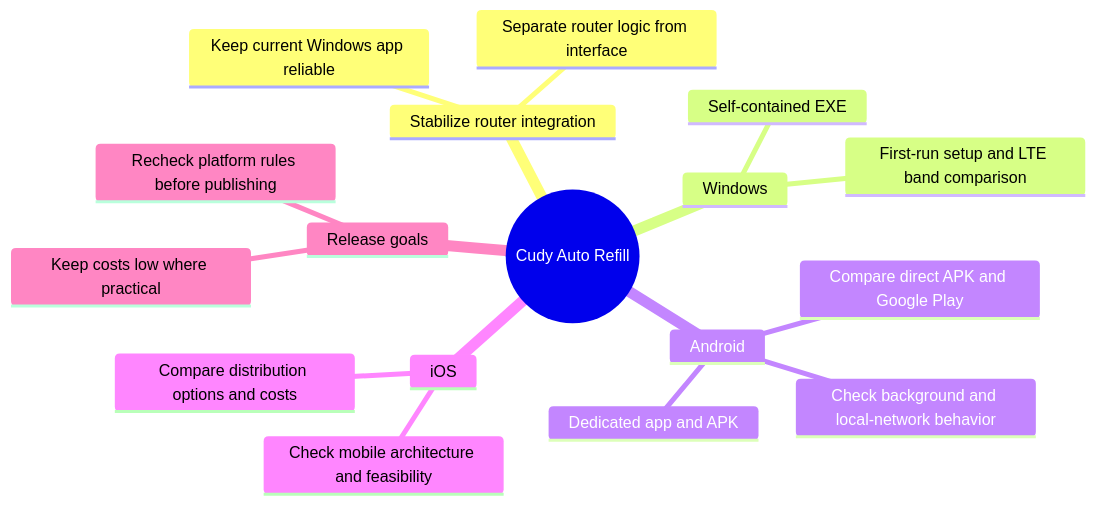
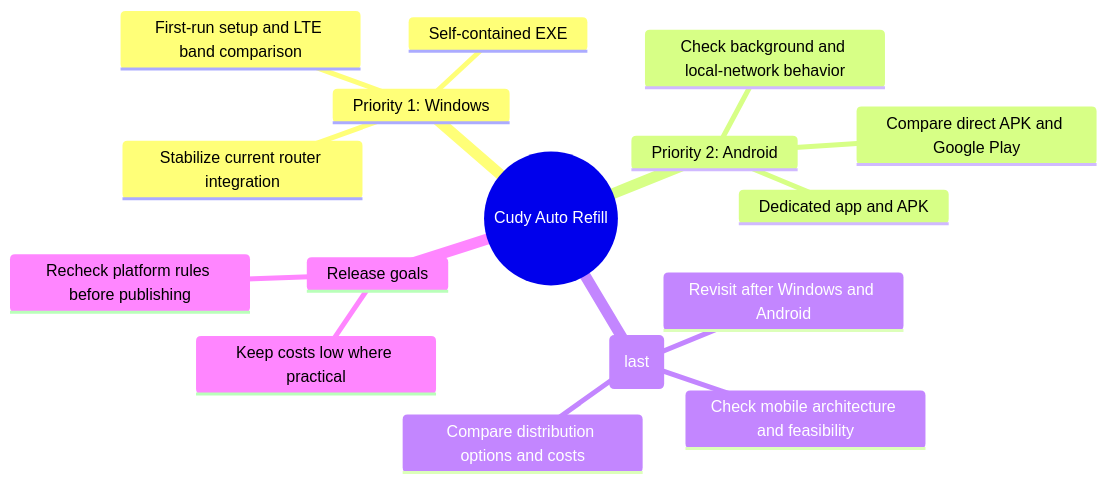
Before and after one commit to ProdByKesti/cudy-auto-refill: the diagram in ROADMAP.md, drawn with Mermaid. The commit also changed other lines of this file, not shown here.

Commit message:
docs: set iOS as lowest roadmap priority

````diff
--- a/ROADMAP.md
+++ b/ROADMAP.md
@@ -7,20 +7,19 @@
 ```mermaid
 mindmap
   root((Cudy Auto Refill))
-    Stabilize router integration
-      Keep current Windows app reliable
-      Separate router logic from interface
-    Windows
+    Priority 1: Windows
+      Stabilize current router integration
       Self-contained EXE
       First-run setup and LTE band comparison
-    Android
+    Priority 2: Android
       Dedicated app and APK
       Check background and local-network behavior
       Compare direct APK and Google Play
-    iOS
+    Priority 3: iOS (last)
+      Revisit after Windows and Android
       Check mobile architecture and feasibility
       Compare distribution options and costs
     Release goals
       Keep costs low where practical
       Recheck platform rules before publishing
 ```
````
